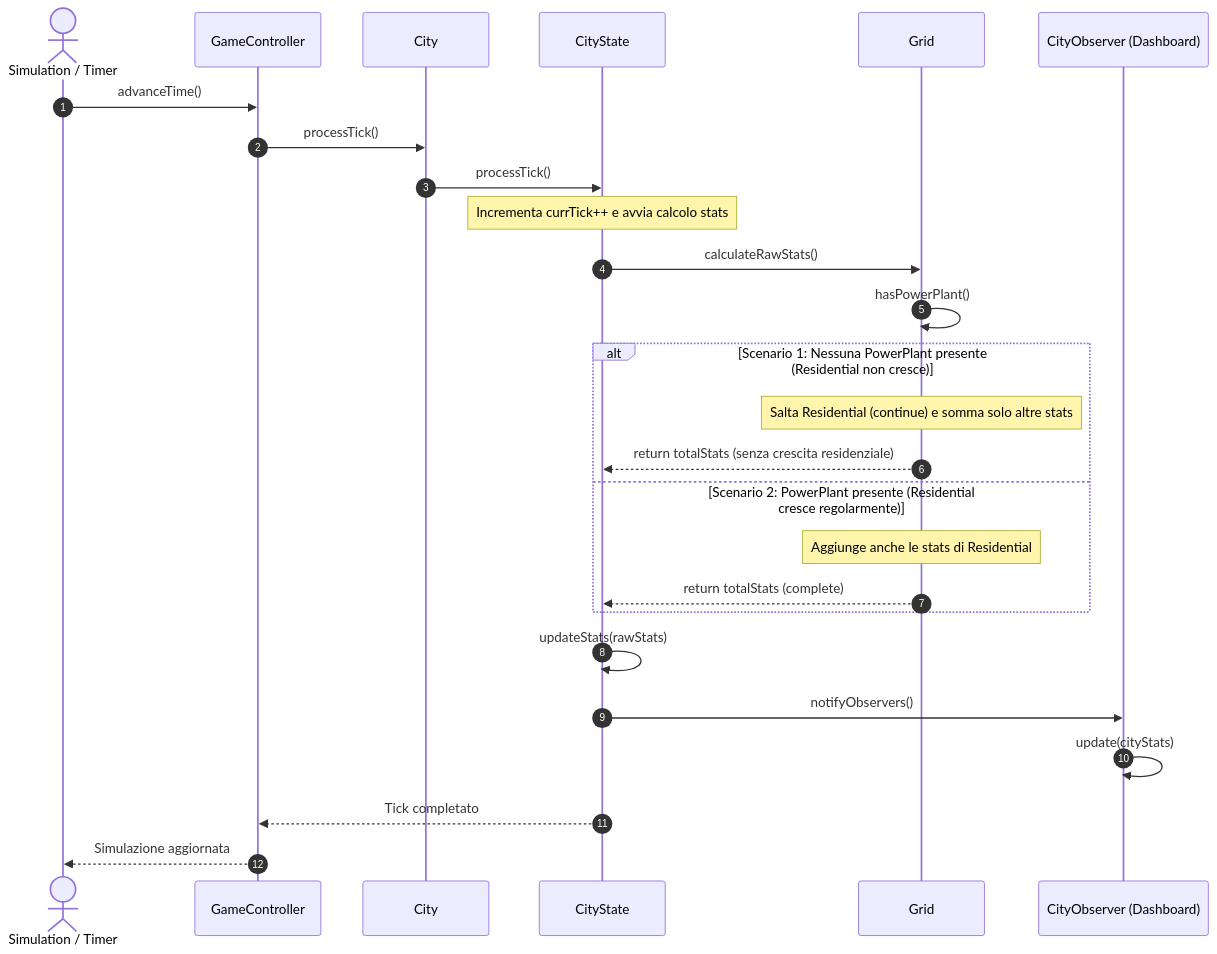
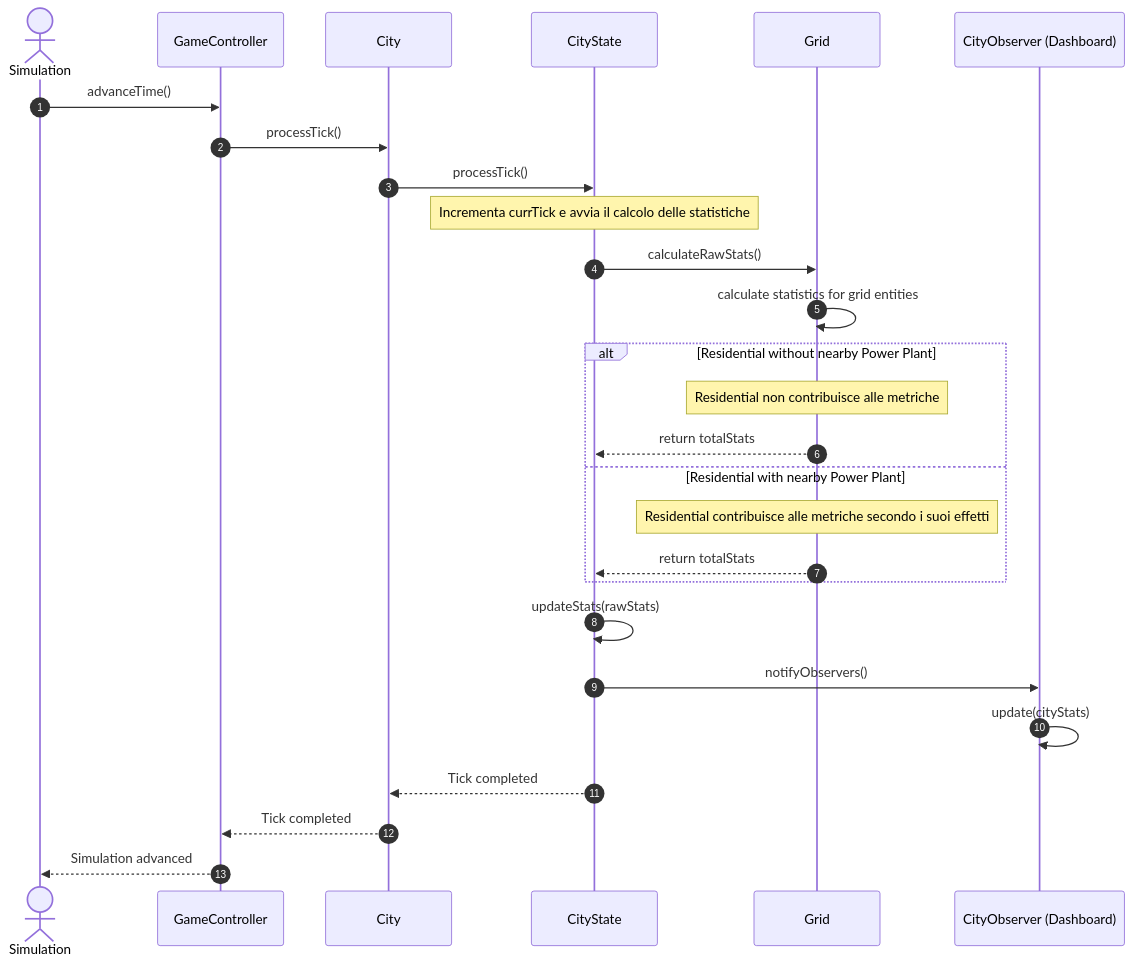
One commit to andreatoson3-netizen/Amatriciana changed the diagram in docs/INTERNAL-SEQUENCE-DIAGRAM/isd-enforce-simulation-rule.md. Above: the diagram before and after it, drawn with Mermaid.

````diff
--- a/docs/INTERNAL-SEQUENCE-DIAGRAM/isd-enforce-simulation-rule.md
+++ b/docs/INTERNAL-SEQUENCE-DIAGRAM/isd-enforce-simulation-rule.md
@@ -2,33 +2,36 @@
 ```mermaid
 sequenceDiagram
     autonumber
-    actor System as Simulation / Timer
+    actor System as Simulation
     participant Controller as GameController
     participant CityObj as City
     participant State as CityState
     participant TheGrid as Grid
     participant Observer as CityObserver (Dashboard)
 
     System->>Controller: advanceTime()
     Controller->>CityObj: processTick()
     CityObj->>State: processTick()
-    
-    Note over State: Incrementa currTick++ e avvia calcolo stats
+
+    Note over State: Incrementa currTick e avvia il calcolo delle statistiche
+
     State->>TheGrid: calculateRawStats()
-    
-    TheGrid->>TheGrid: hasPowerPlant()
-    
-    alt Scenario 1: Nessuna PowerPlant presente (Residential non cresce)
-        Note over TheGrid: Salta Residential (continue) e somma solo altre stats
-        TheGrid-->>State: return totalStats (senza crescita residenziale)
-    else Scenario 2: PowerPlant presente (Residential cresce regolarmente)
-        Note over TheGrid: Aggiunge anche le stats di Residential
-        TheGrid-->>State: return totalStats (complete)
+
+    TheGrid->>TheGrid: calculate statistics for grid entities
+
+    alt Residential without nearby Power Plant
+        Note over TheGrid: Residential non contribuisce alle metriche
+        TheGrid-->>State: return totalStats
+    else Residential with nearby Power Plant
+        Note over TheGrid: Residential contribuisce alle metriche secondo i suoi effetti
+        TheGrid-->>State: return totalStats
     end
-    
+
     State->>State: updateStats(rawStats)
     State->>Observer: notifyObservers()
     Observer->>Observer: update(cityStats)
-    State-->>Controller: Tick completato
-    Controller-->>System: Simulazione aggiornata
+
+    State-->>CityObj: Tick completed
+    CityObj-->>Controller: Tick completed
+    Controller-->>System: Simulation advanced
 ```
````
